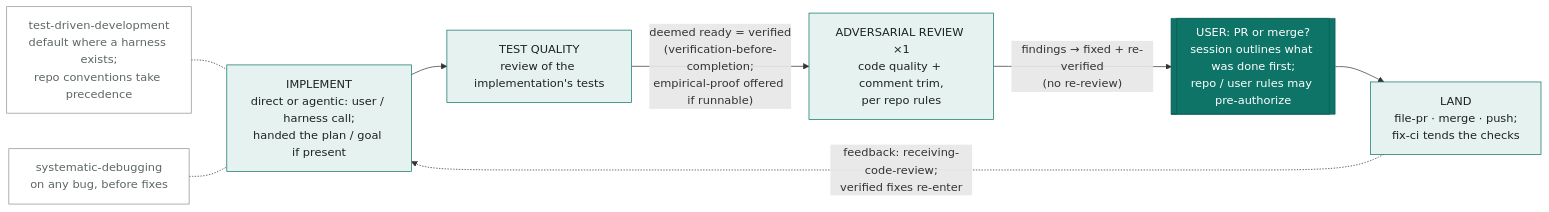
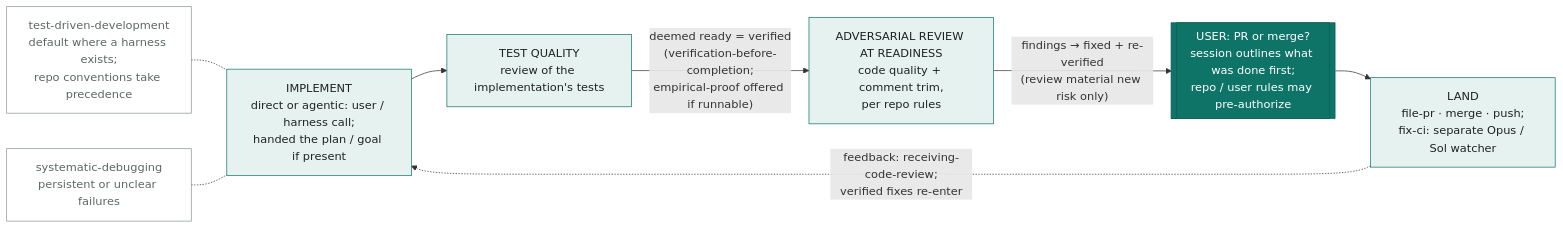
One commit to giostriquer/workshop changed the second of 2 diagrams in docs/workbench-flow.md. Above: the diagram before and after it, drawn with Mermaid. The commit also changed other lines of this file and 69 other files, not shown here.

````diff
--- a/docs/workbench-flow.md
+++ b/docs/workbench-flow.md
@@ -41,21 +40,21 @@
 ```mermaid
 flowchart LR
     classDef gate fill:#0e7468,stroke:#0a5c52,color:#ffffff
     classDef stage fill:#e6f2f0,stroke:#0e7468,color:#1d2321
     classDef sat fill:none,stroke:#8a948f,color:#5d6763
 
     TDD["test-driven-development<br/>default where a harness exists;<br/>repo conventions take precedence"]:::sat -.- I
-    SD["systematic-debugging<br/>on any bug, before fixes"]:::sat -.- I
+    SD["systematic-debugging<br/>persistent or unclear failures"]:::sat -.- I
 
     I["IMPLEMENT<br/>direct or agentic: user / harness call;<br/>handed the plan / goal if present"]:::stage
     TQ["TEST QUALITY<br/>review of the implementation's tests"]:::stage
-    AR["ADVERSARIAL REVIEW ×1<br/>code quality + comment trim,<br/>per repo rules"]:::stage
+    AR["ADVERSARIAL REVIEW AT READINESS<br/>code quality + comment trim,<br/>per repo rules"]:::stage
     OG[["USER: PR or merge?<br/>session outlines what was done first;<br/>repo / user rules may pre-authorize"]]:::gate
-    L["LAND<br/>file-pr · merge · push;<br/>fix-ci tends the checks"]:::stage
+    L["LAND<br/>file-pr · merge · push;<br/>fix-ci: separate Opus / Sol watcher"]:::stage
 
     I --> TQ
     TQ -->|"deemed ready = verified<br/>(verification-before-completion;<br/>empirical-proof offered if runnable)"| AR
-    AR -->|"findings → fixed + re-verified<br/>(no re-review)"| OG
+    AR -->|"findings → fixed + re-verified<br/>(review material new risk only)"| OG
     OG --> L
     L -.->|"feedback: receiving-code-review;<br/>verified fixes re-enter"| I
 ```
````
